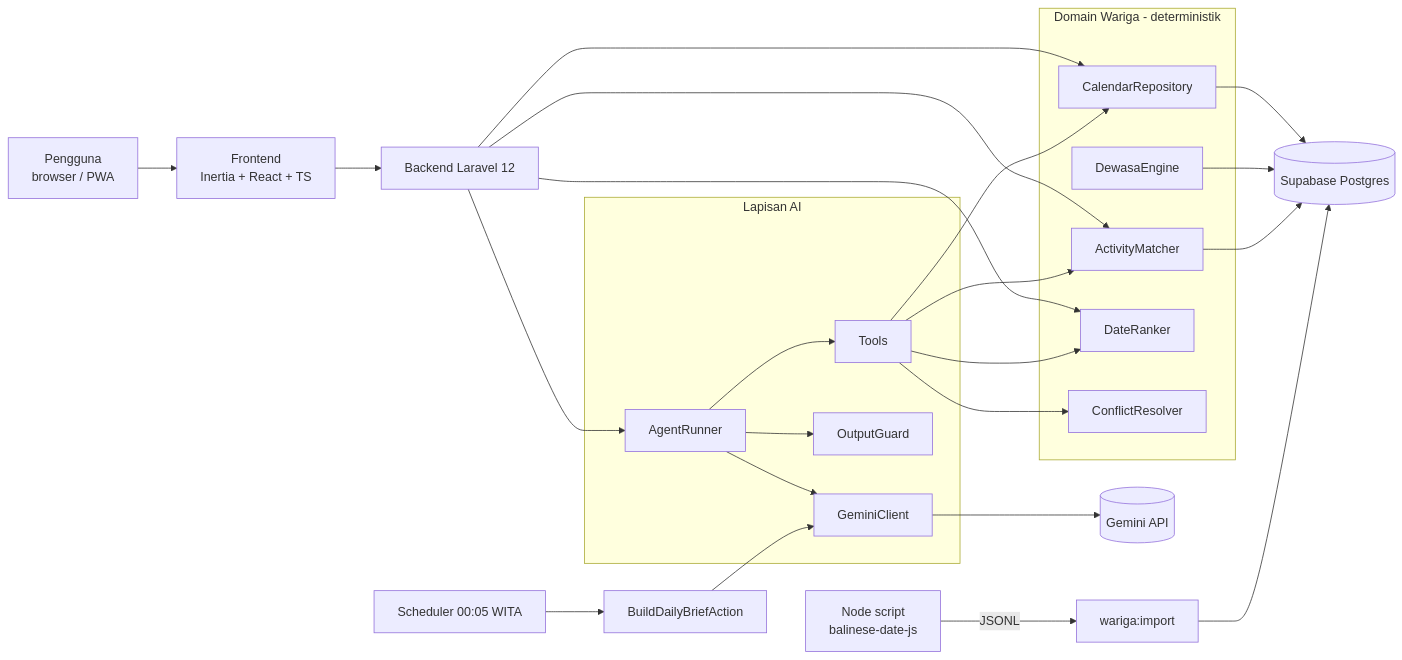
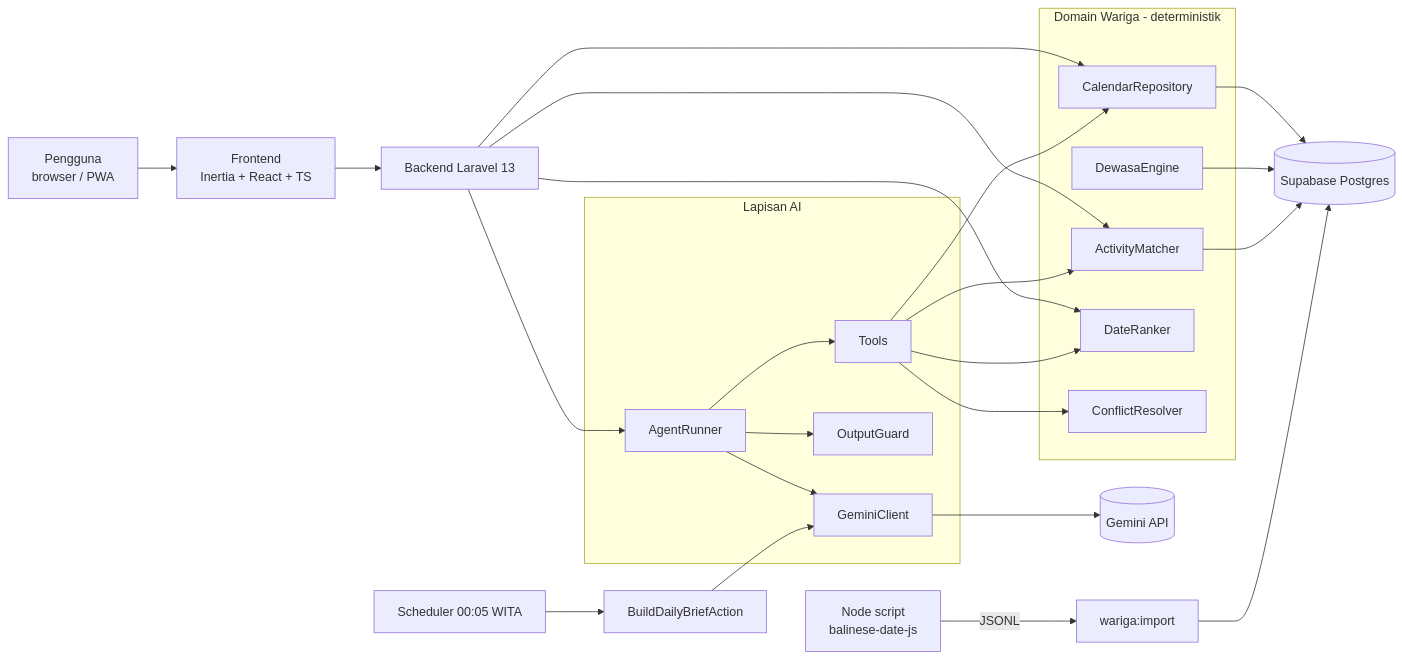
The diagram in docs/ARCHITECTURE.md (juliarta99/rahina), drawn with Mermaid before and after one commit. The commit also changed other lines of this file and 12 other files, not shown here.

````diff
--- a/docs/ARCHITECTURE.md
+++ b/docs/ARCHITECTURE.md
@@ -5,26 +5,26 @@
 ```mermaid
 flowchart LR
   U[Pengguna<br/>browser / PWA] --> FE[Frontend<br/>Inertia + React + TS]
-  FE --> BE[Backend Laravel 12]
+  FE --> BE[Backend Laravel 13]
   subgraph Domain Wariga - deterministik
     CR[CalendarRepository]
     DE[DewasaEngine]
     AM[ActivityMatcher]
     DR[DateRanker]
     CF[ConflictResolver]
   end
   subgraph Lapisan AI
     AR[AgentRunner]
     TL[Tools]
     OG[OutputGuard]
     GC[GeminiClient]
   end
   BE --> CR & AM & DR
   BE --> AR
   AR --> TL --> CR & AM & DR & CF
   AR --> GC --> G[(Gemini API)]
   AR --> OG
   CR & DE & AM --> DB[(Supabase Postgres)]
   N[Node script<br/>balinese-date-js] -->|JSONL| IMP[wariga:import] --> DB
   SCH[Scheduler 00:05 WITA] --> BB[BuildDailyBriefAction] --> GC
 ```
````
